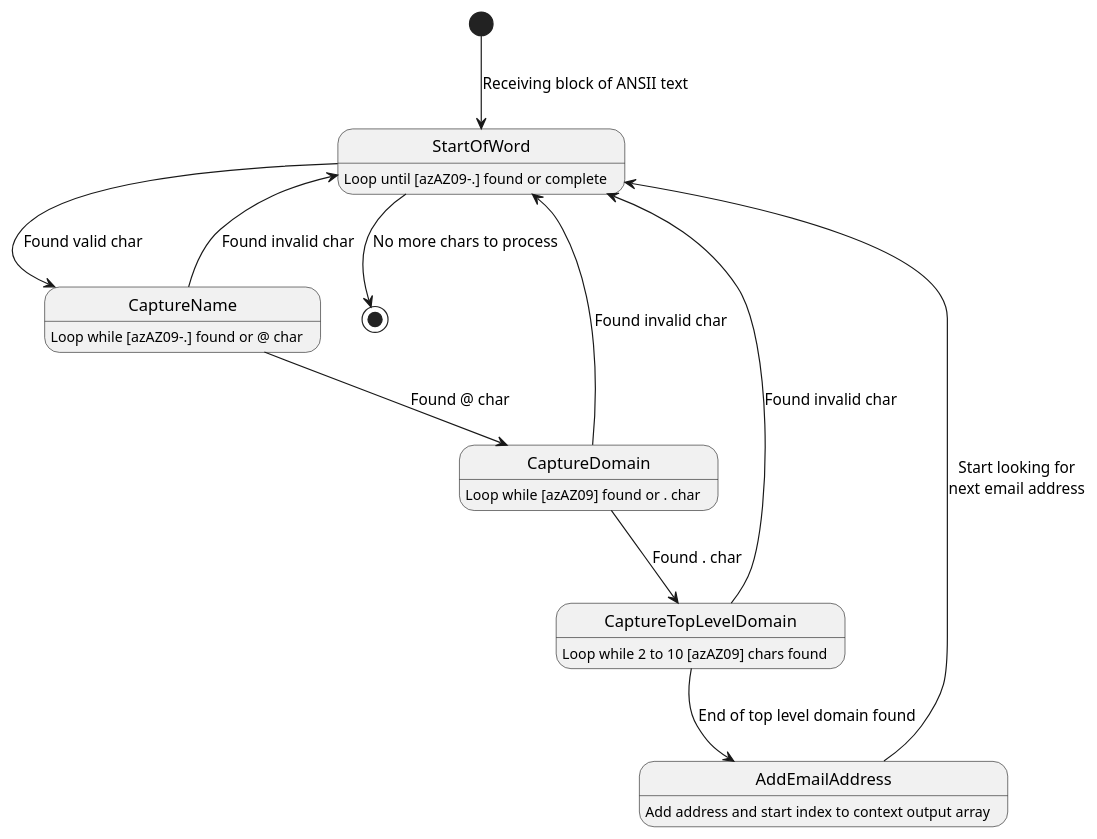
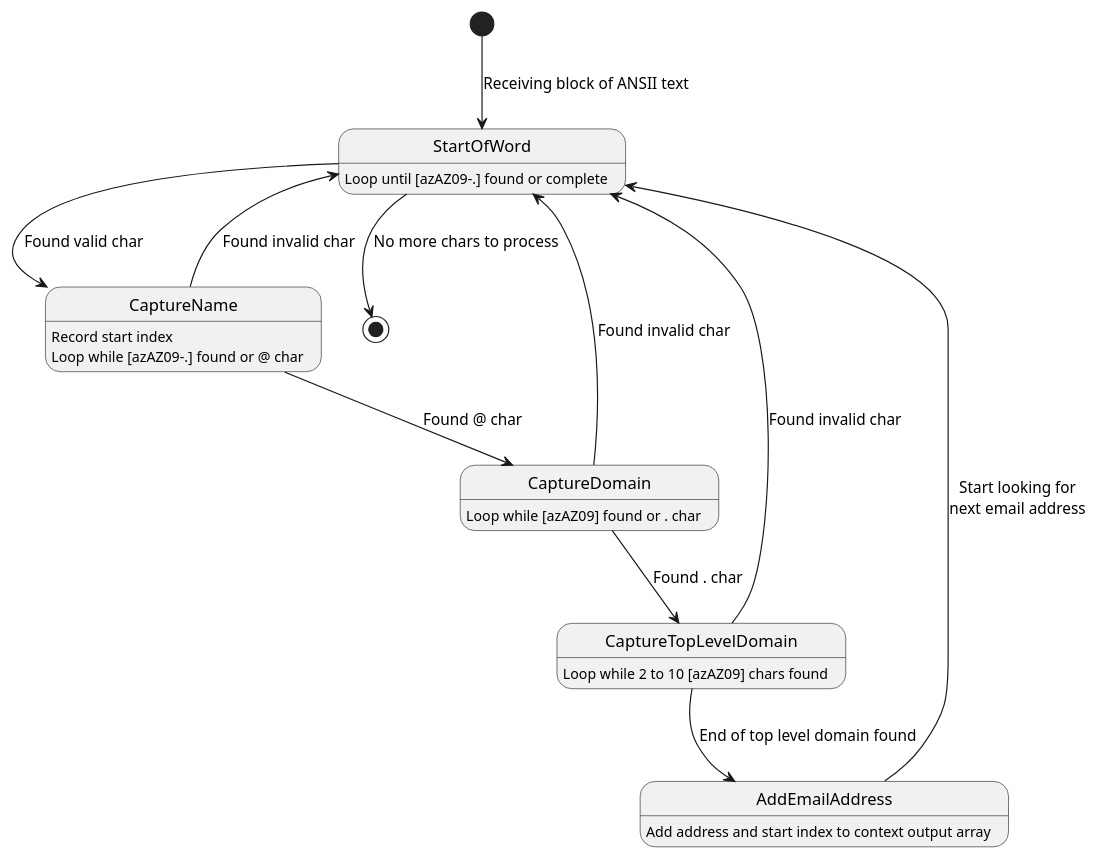
One commit to jeff-adkisson/swe-3633-spring-2023 changed the diagram in StateMachine/StateMachine.Mvc/Email/PlantUml/StateMachine.puml. Above: the diagram before and after it, drawn with PlantUML. The commit also changed 1 other file, not shown here.

Commit message:
Updated diagram with start index

```diff
--- a/StateMachine/StateMachine.Mvc/Email/PlantUml/StateMachine.puml
+++ b/StateMachine/StateMachine.Mvc/Email/PlantUml/StateMachine.puml
@@ -1,22 +1,22 @@
 @startuml
 [*] --> StartOfWord : Receiving block of ANSII text
 
 StartOfWord : Loop until [azAZ09-.] found or complete
 StartOfWord --> CaptureName : Found valid char
 StartOfWord --> [*] : No more chars to process
 
-CaptureName : Loop while [azAZ09-.] found or @ char
+CaptureName : Record start index\nLoop while [azAZ09-.] found or @ char
 CaptureName --> CaptureDomain : Found @ char
 CaptureName --> StartOfWord : Found invalid char
 
 CaptureDomain : Loop while [azAZ09] found or . char
 CaptureDomain --> CaptureTopLevelDomain : Found . char
 CaptureDomain --> StartOfWord : Found invalid char
 
 CaptureTopLevelDomain : Loop while 2 to 10 [azAZ09] chars found
 CaptureTopLevelDomain --> StartOfWord : Found invalid char
 CaptureTopLevelDomain --> AddEmailAddress : End of top level domain found
 
 AddEmailAddress : Add address and start index to context output array
 AddEmailAddress --> StartOfWord : Start looking for\nnext email address
 @enduml
```
